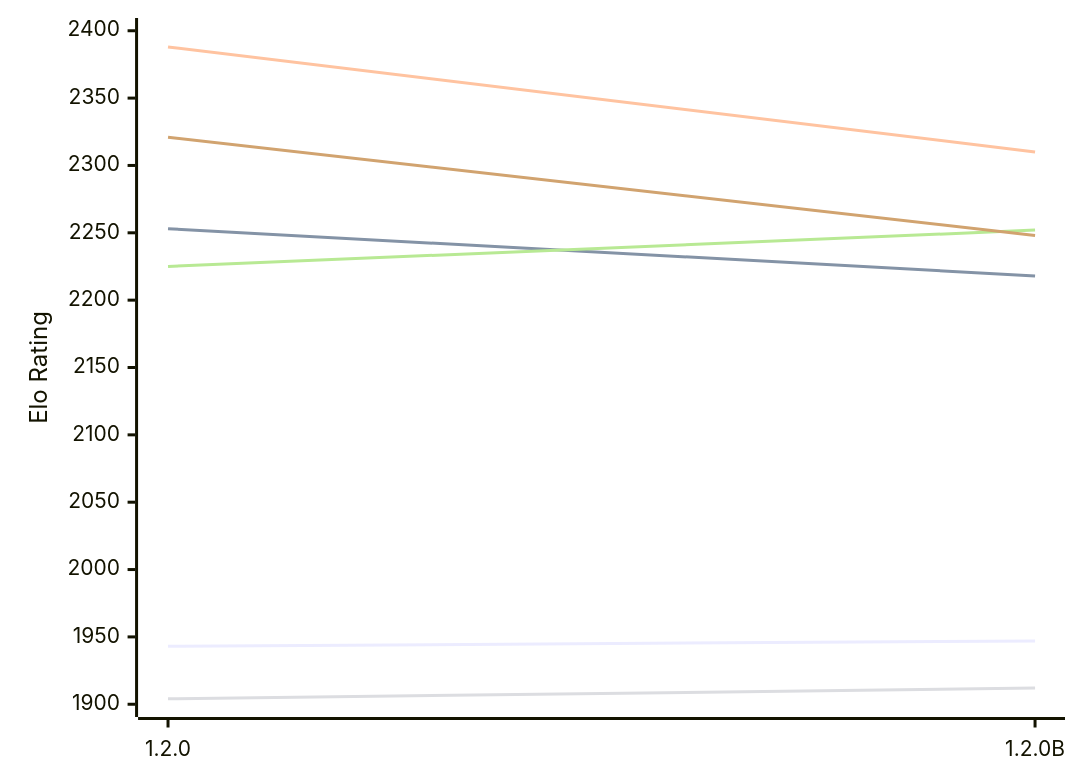
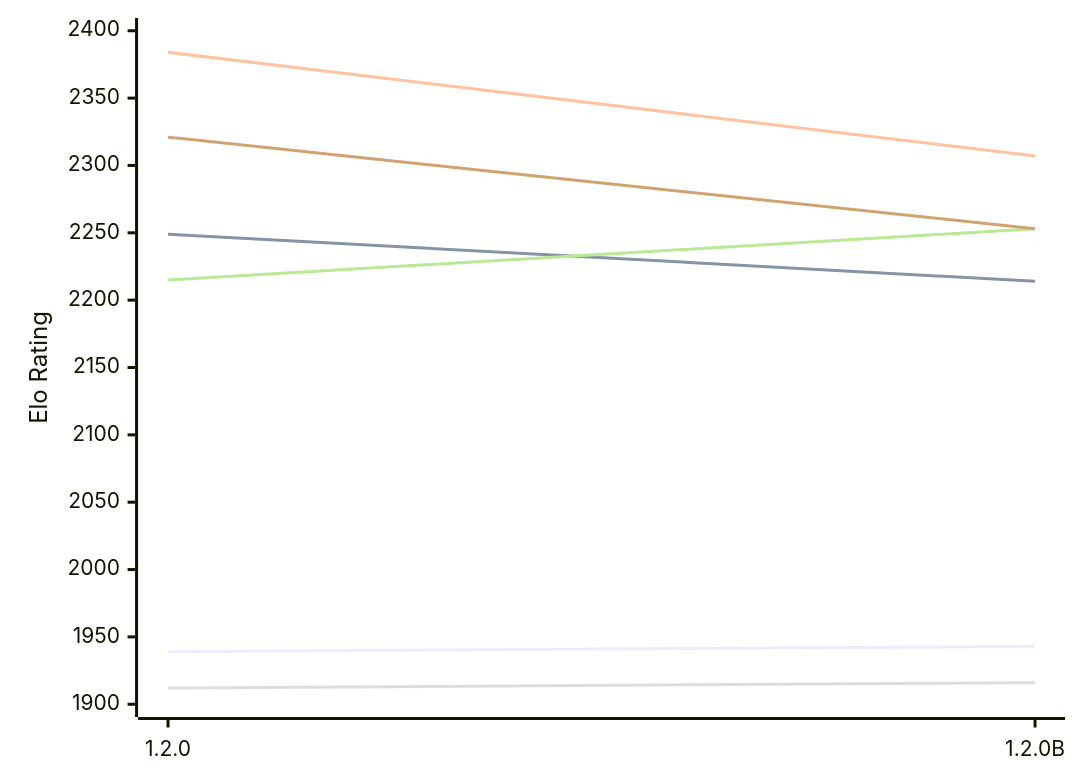
One commit to computer-chess-index/cci changed the first of 2 diagrams in engines/Soomi.md. Above: the diagram before and after it, drawn with Mermaid. The commit also changed other lines of this file, not shown here.

Commit message:
Update CCI Ratings (ELO VLTC) - 2026-11-21

````diff
--- a/engines/Soomi.md
+++ b/engines/Soomi.md
@@ -53,12 +53,12 @@
 ```mermaid
 %%{init: {"theme":"base","themeVariables":{"seriesColors:['#a3a3a3','#222221','#faa371']}}}%%
 xychart-beta
   x-axis ["1.2.0", "1.2.0B"]
   y-axis "Elo Rating" 1900 --> 2400
-  line "E1: STC (8.0+0.08s)" [1943, 1947]
-  line "E1: LTC (60.0+0.60s)" [2253, 2218]
-  line "E1: VLTC (2m24s+1.12s)" [2388, 2310]
-  line "P1: STC (8.0+0.08s)" [1904, 1912]
-  line "P1: LTC (60.0+0.60s)" [2225, 2252]
-  line "P1: VLTC (2m24s+1.12s)" [2321, 2248]
+  line "E1: STC (8.0+0.08s)" [1939, 1943]
+  line "E1: LTC (60.0+0.60s)" [2249, 2214]
+  line "E1: VLTC (2m24s+1.12s)" [2384, 2307]
+  line "P1: STC (8.0+0.08s)" [1912, 1916]
+  line "P1: LTC (60.0+0.60s)" [2215, 2253]
+  line "P1: VLTC (2m24s+1.12s)" [2321, 2253]
 ```
````
